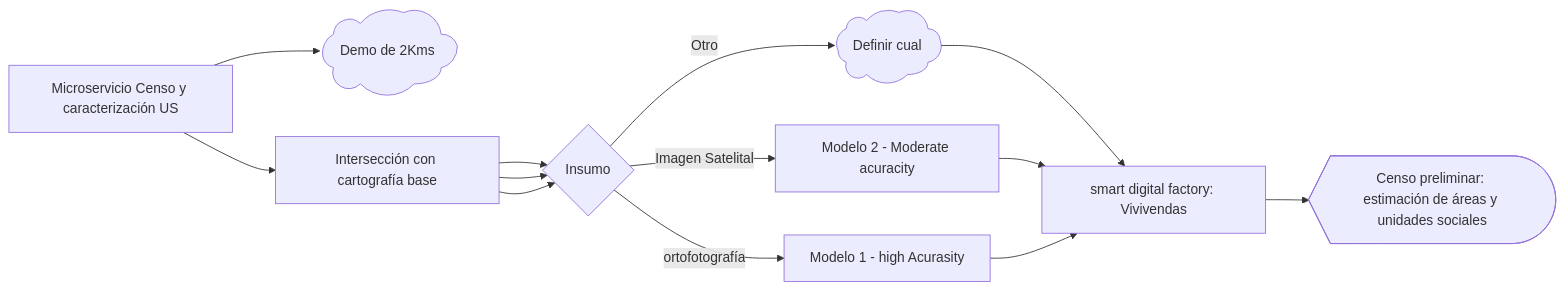
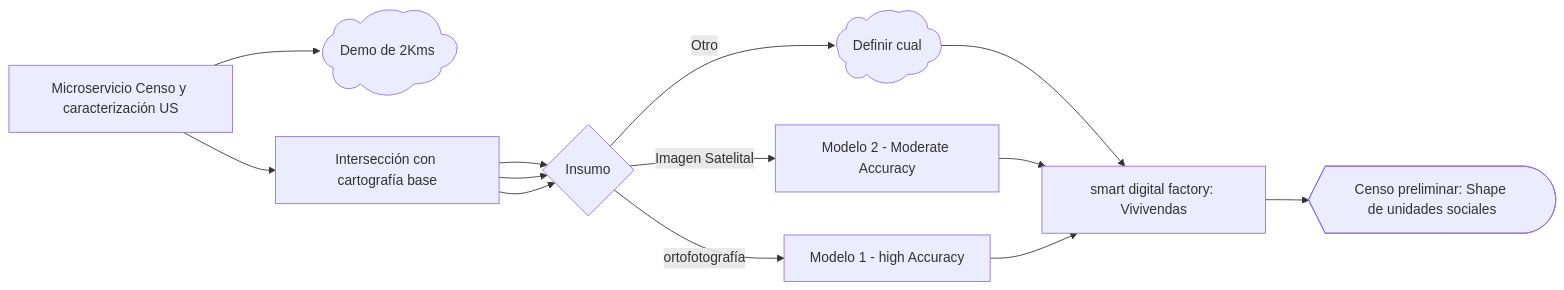
One commit to Micelio-GIS/evolution-pipeline changed the diagram in README.md. Above: the diagram before and after it, drawn with Mermaid.

Commit message:
Correct spelling of 'Accuracy' in README.md

````diff
--- a/README.md
+++ b/README.md
@@ -5,20 +5,20 @@
 ```mermaid
 flowchart LR
 
 
 
     B1["Microservicio Censo y caracterización US"]
     B1--> B1c@{ shape: cloud, label: "Demo de 2Kms" }
     B1 --> B2["Intersección con cartografía base"]
-    B2 --> B2Explain{"Insumo"} -- ortofotografía --> B3["Modelo 1 - high Acurasity"]
-    B2 --> B2Explain{"Insumo"} -- Imagen Satelital --> B3Alt["Modelo 2 - Moderate acuracity"] 
+    B2 --> B2Explain{"Insumo"} -- ortofotografía --> B3["Modelo 1 - high Accuracy"]
+    B2 --> B2Explain{"Insumo"} -- Imagen Satelital --> B3Alt["Modelo 2 - Moderate Accuracy"] 
     B2 --> B2Explain{"Insumo"} -- Otro --> B3Alt2@{shape: cloud, label: Definir cual}
     
     B3Alt2 --> B4["smart digital factory: Vivivendas"]
     B3Alt --> B4["smart digital factory: Vivivendas"]
     B3 --> B4["smart digital factory: Vivivendas"]
-    B4 --> B5@{ shape: display, label: "Censo preliminar: estimación de áreas y unidades sociales"}
+    B4 --> B5@{ shape: display, label: "Censo preliminar: Shape de unidades sociales"}
 
    
 
 ```
````
